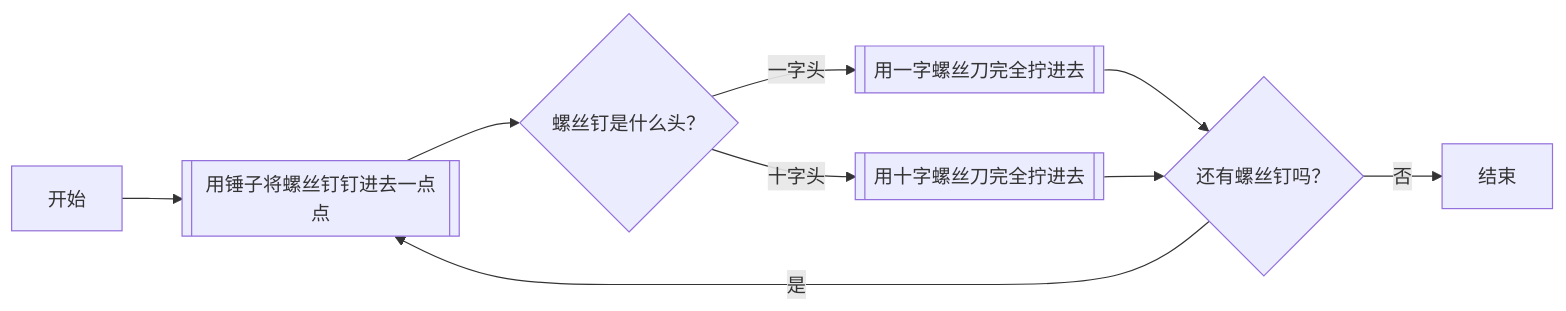
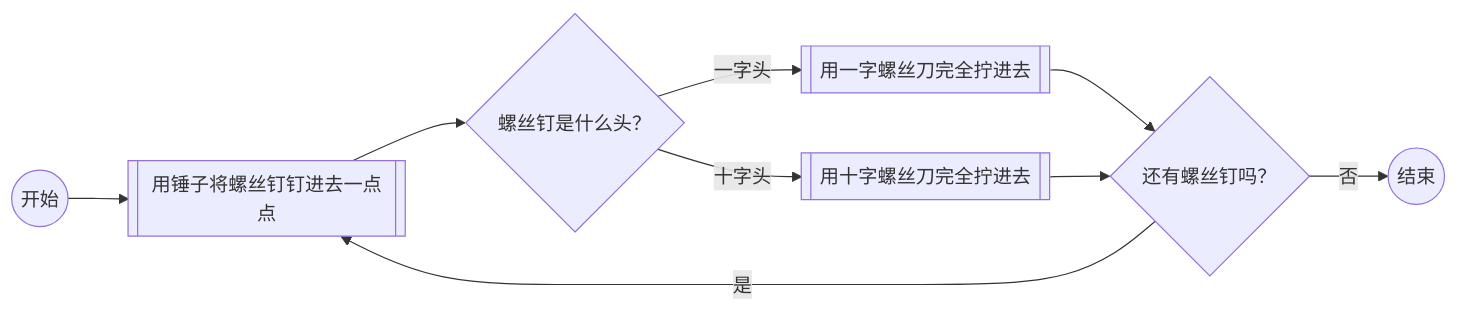
The first of 3 diagrams in 05.md (Dreamwalkor/little-book-of-ai), drawn with Mermaid before and after one commit. The commit also changed other lines of this file and 2 other files, not shown here.

Commit message:
fixing typo.

````diff
--- a/05.md
+++ b/05.md
@@ -146,11 +146,11 @@
 ```mermaid
 flowchart LR
-    A[开始] --> B[[用锤子将螺丝钉钉进去一点点]]
+    A((开始)) --> B[[用锤子将螺丝钉钉进去一点点]]
     B --> C{螺丝钉是什么头？}
     C -->|一字头| D[[用一字螺丝刀完全拧进去]]
     C -->|十字头| E[[用十字螺丝刀完全拧进去]]
     D --> F{还有螺丝钉吗？}
     E --> F{还有螺丝钉吗？}
     F -->|是| B
-    F -->|否| G[结束]
+    F -->|否| G((结束))
 ```
````
